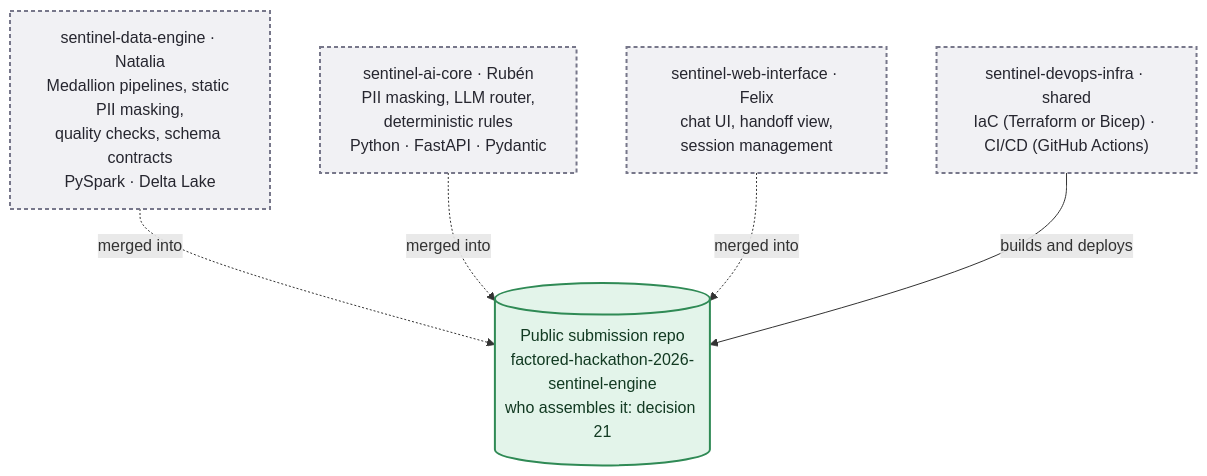
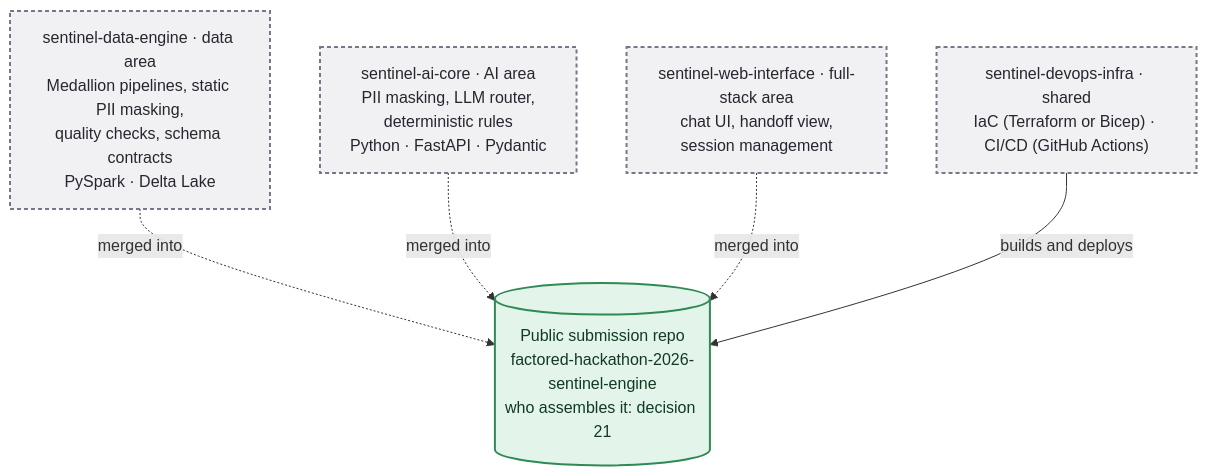
One commit to rdorta27/factored-hackathon-2026-sentinel-engine changed the fourth of 5 diagrams in docs/build/architecture-roadmap.md. Above: the diagram before and after it, drawn with Mermaid. The commit also changed other lines of this file and 3 other files, not shown here.

````diff
--- a/docs/build/architecture-roadmap.md
+++ b/docs/build/architecture-roadmap.md
@@ -100,18 +100,18 @@
 ```mermaid
 flowchart TD
-    d["sentinel-data-engine · Natalia<br/>Medallion pipelines, static PII masking,<br/>quality checks, schema contracts<br/>PySpark · Delta Lake"]
-    a["sentinel-ai-core · Rubén<br/>PII masking, LLM router,<br/>deterministic rules<br/>Python · FastAPI · Pydantic"]
-    w["sentinel-web-interface · Felix<br/>chat UI, handoff view,<br/>session management"]
+    d["sentinel-data-engine · data area<br/>Medallion pipelines, static PII masking,<br/>quality checks, schema contracts<br/>PySpark · Delta Lake"]
+    a["sentinel-ai-core · AI area<br/>PII masking, LLM router,<br/>deterministic rules<br/>Python · FastAPI · Pydantic"]
+    w["sentinel-web-interface · full-stack area<br/>chat UI, handoff view,<br/>session management"]
     infra["sentinel-devops-infra · shared<br/>IaC (Terraform or Bicep) · CI/CD (GitHub Actions)"]
     delivery[("Public submission repo<br/>factored-hackathon-2026-sentinel-engine<br/>who assembles it: decision 21")]
     d & a & w -. "merged into" .-> delivery
     infra -- "builds and deploys" --> delivery
 
     classDef real fill:#dde3ff,stroke:#5b4fd6,stroke-width:2px,color:#1b1640
     classDef mock fill:#ffe9c7,stroke:#c77d12,stroke-width:2px,stroke-dasharray:6 4,color:#3a2a00
     classDef store fill:#e3f4ea,stroke:#2f8a55,stroke-width:2px,color:#123a22
     classDef proposed fill:#f1f1f4,stroke:#77778a,stroke-width:2px,stroke-dasharray:4 3,color:#26262f
     classDef ext fill:#ffffff,stroke:#77778a,stroke-width:1px,color:#26262f
     class d,a,w,infra proposed
     class delivery store
 ```
````
